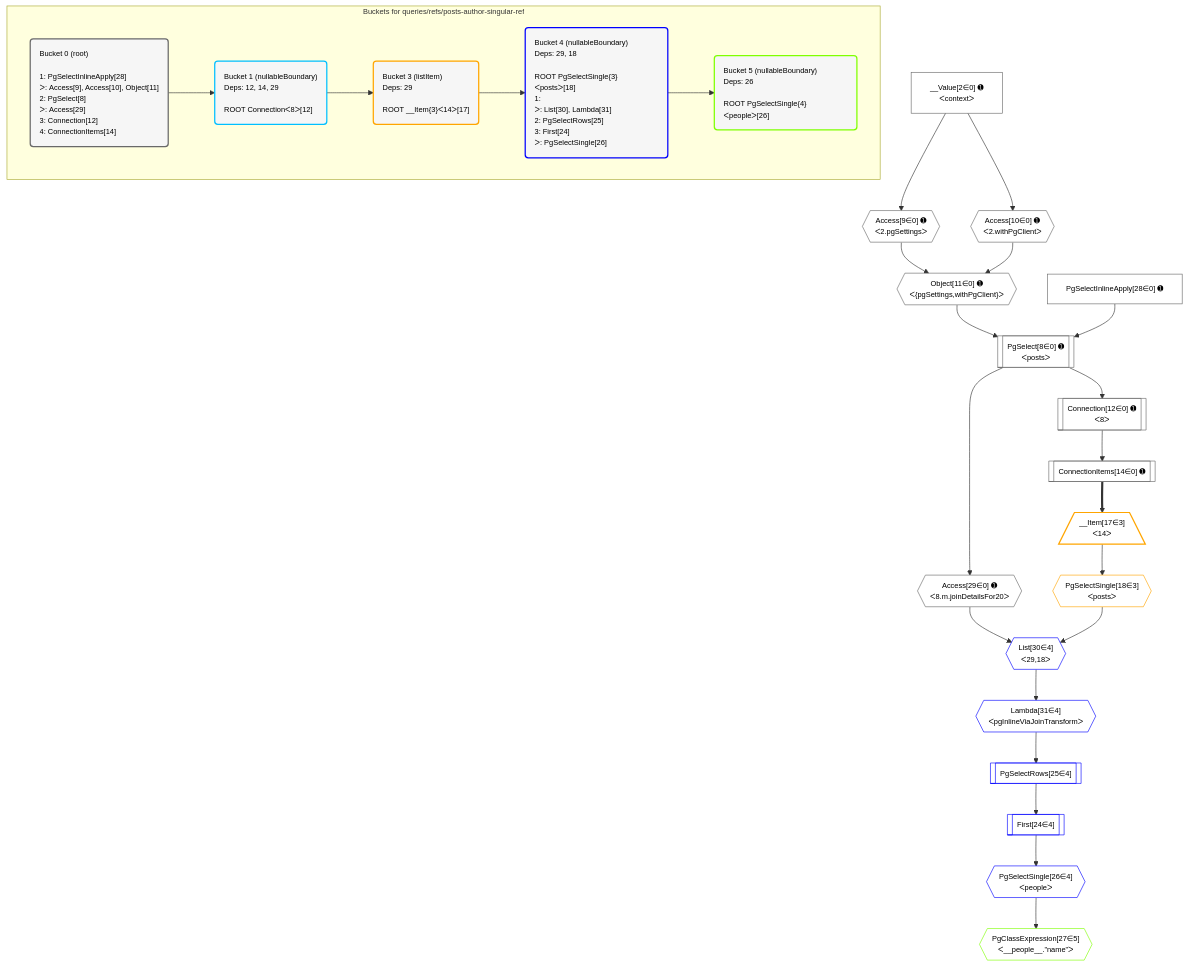
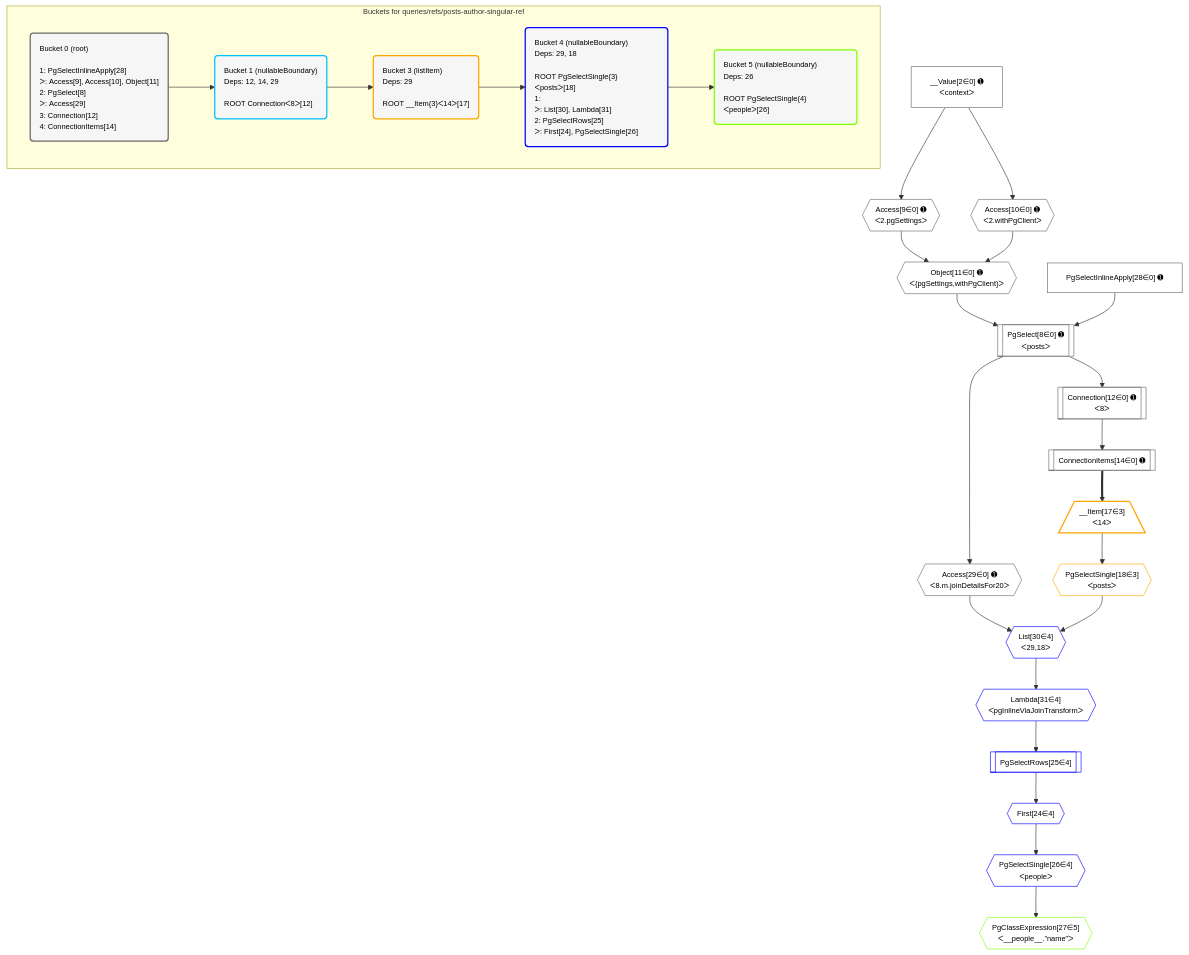
The diagram in postgraphile/postgraphile/__tests__/queries/refs/posts-author-singular-ref.mermaid (graphile/crystal), drawn with Mermaid before and after one commit. The commit also changed 303 other files, not shown here.

```diff
--- a/postgraphile/postgraphile/__tests__/queries/refs/posts-author-singular-ref.mermaid
+++ b/postgraphile/postgraphile/__tests__/queries/refs/posts-author-singular-ref.mermaid
@@ -1,66 +1,66 @@
 %%{init: {'themeVariables': { 'fontSize': '12px'}}}%%
 graph TD
     classDef path fill:#eee,stroke:#000,color:#000
     classDef plan fill:#fff,stroke-width:1px,color:#000
     classDef itemplan fill:#fff,stroke-width:2px,color:#000
     classDef unbatchedplan fill:#dff,stroke-width:1px,color:#000
     classDef sideeffectplan fill:#fcc,stroke-width:2px,color:#000
     classDef bucket fill:#f6f6f6,color:#000,stroke-width:2px,text-align:left
 
     subgraph "Buckets for queries/refs/posts-author-singular-ref"
     Bucket0("Bucket 0 (root)<br /><br />1: PgSelectInlineApply[28]<br />ᐳ: Access[9], Access[10], Object[11]<br />2: PgSelect[8]<br />ᐳ: Access[29]<br />3: Connection[12]<br />4: ConnectionItems[14]"):::bucket
     Bucket1("Bucket 1 (nullableBoundary)<br />Deps: 12, 14, 29<br /><br />ROOT Connectionᐸ8ᐳ[12]"):::bucket
     Bucket3("Bucket 3 (listItem)<br />Deps: 29<br /><br />ROOT __Item{3}ᐸ14ᐳ[17]"):::bucket
-    Bucket4("Bucket 4 (nullableBoundary)<br />Deps: 29, 18<br /><br />ROOT PgSelectSingle{3}ᐸpostsᐳ[18]<br />1: <br />ᐳ: List[30], Lambda[31]<br />2: PgSelectRows[25]<br />3: First[24]<br />ᐳ: PgSelectSingle[26]"):::bucket
+    Bucket4("Bucket 4 (nullableBoundary)<br />Deps: 29, 18<br /><br />ROOT PgSelectSingle{3}ᐸpostsᐳ[18]<br />1: <br />ᐳ: List[30], Lambda[31]<br />2: PgSelectRows[25]<br />ᐳ: First[24], PgSelectSingle[26]"):::bucket
     Bucket5("Bucket 5 (nullableBoundary)<br />Deps: 26<br /><br />ROOT PgSelectSingle{4}ᐸpeopleᐳ[26]"):::bucket
     end
     Bucket0 --> Bucket1
     Bucket1 --> Bucket3
     Bucket3 --> Bucket4
     Bucket4 --> Bucket5
 
     %% plan dependencies
     PgSelect8[["PgSelect[8∈0] ➊<br />ᐸpostsᐳ"]]:::plan
     Object11{{"Object[11∈0] ➊<br />ᐸ{pgSettings,withPgClient}ᐳ"}}:::plan
     PgSelectInlineApply28["PgSelectInlineApply[28∈0] ➊"]:::plan
     Object11 & PgSelectInlineApply28 --> PgSelect8
     Access9{{"Access[9∈0] ➊<br />ᐸ2.pgSettingsᐳ"}}:::plan
     Access10{{"Access[10∈0] ➊<br />ᐸ2.withPgClientᐳ"}}:::plan
     Access9 & Access10 --> Object11
     __Value2["__Value[2∈0] ➊<br />ᐸcontextᐳ"]:::plan
     __Value2 --> Access9
     __Value2 --> Access10
     Connection12[["Connection[12∈0] ➊<br />ᐸ8ᐳ"]]:::plan
     PgSelect8 --> Connection12
     ConnectionItems14[["ConnectionItems[14∈0] ➊"]]:::plan
     Connection12 --> ConnectionItems14
     Access29{{"Access[29∈0] ➊<br />ᐸ8.m.joinDetailsFor20ᐳ"}}:::plan
     PgSelect8 --> Access29
     __Item17[/"__Item[17∈3]<br />ᐸ14ᐳ"\]:::itemplan
     ConnectionItems14 ==> __Item17
     PgSelectSingle18{{"PgSelectSingle[18∈3]<br />ᐸpostsᐳ"}}:::plan
     __Item17 --> PgSelectSingle18
     List30{{"List[30∈4]<br />ᐸ29,18ᐳ"}}:::plan
     Access29 & PgSelectSingle18 --> List30
-    First24[["First[24∈4]"]]:::plan
+    First24{{"First[24∈4]"}}:::plan
     PgSelectRows25[["PgSelectRows[25∈4]"]]:::plan
     PgSelectRows25 --> First24
     Lambda31{{"Lambda[31∈4]<br />ᐸpgInlineViaJoinTransformᐳ"}}:::plan
     Lambda31 --> PgSelectRows25
     PgSelectSingle26{{"PgSelectSingle[26∈4]<br />ᐸpeopleᐳ"}}:::plan
     First24 --> PgSelectSingle26
     List30 --> Lambda31
     PgClassExpression27{{"PgClassExpression[27∈5]<br />ᐸ__people__.”name”ᐳ"}}:::plan
     PgSelectSingle26 --> PgClassExpression27
 
     %% define steps
     classDef bucket0 stroke:#696969
     class Bucket0,__Value2,PgSelect8,Access9,Access10,Object11,Connection12,ConnectionItems14,PgSelectInlineApply28,Access29 bucket0
     classDef bucket1 stroke:#00bfff
     class Bucket1 bucket1
     classDef bucket3 stroke:#ffa500
     class Bucket3,__Item17,PgSelectSingle18 bucket3
     classDef bucket4 stroke:#0000ff
     class Bucket4,First24,PgSelectRows25,PgSelectSingle26,List30,Lambda31 bucket4
     classDef bucket5 stroke:#7fff00
     class Bucket5,PgClassExpression27 bucket5
```
